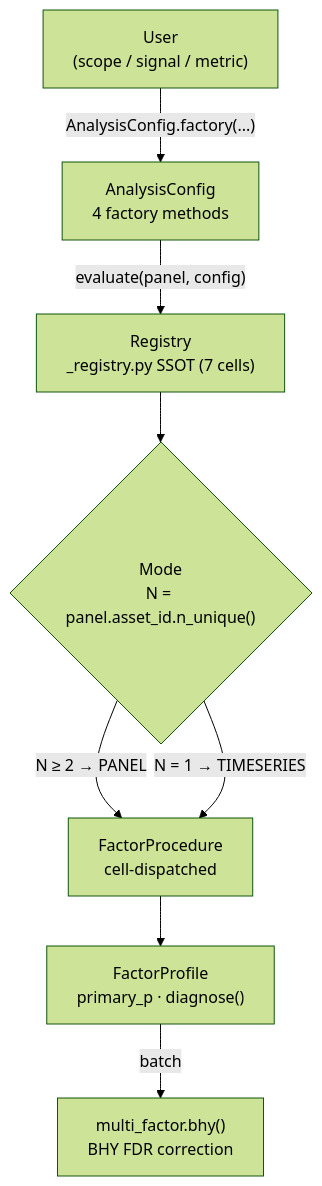
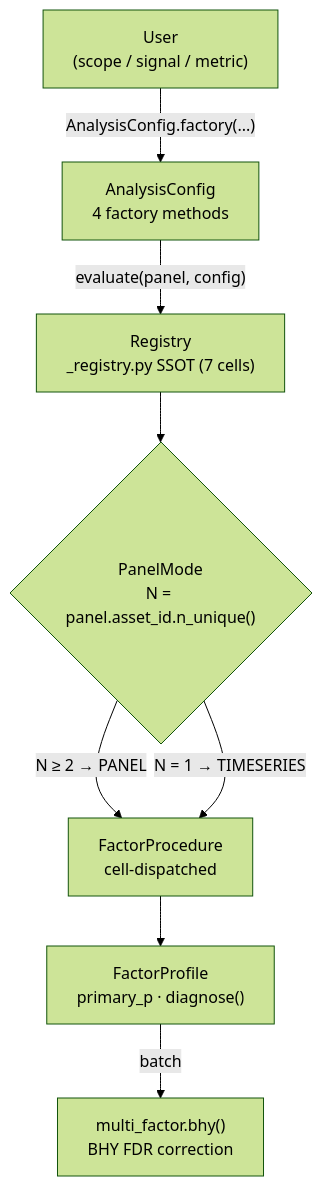
The diagram in docs/development/architecture.md (awwesomeman/factrix), drawn with Mermaid (forest theme) before and after one commit. The commit also changed other lines of this file and 74 other files, not shown here.

````diff
--- a/docs/development/architecture.md
+++ b/docs/development/architecture.md
@@ -22,18 +22,18 @@
 ```mermaid
 flowchart TD
     User["User<br/>(scope / signal / metric)"]
     AC["AnalysisConfig<br/>4 factory methods"]
     REG["Registry<br/>_registry.py SSOT (7 cells)"]
-    MODE{"Mode<br/>N = panel.asset_id.n_unique()"}
+    MODE{"PanelMode<br/>N = panel.asset_id.n_unique()"}
     PROC["FactorProcedure<br/>cell-dispatched"]
     FP["FactorProfile<br/>primary_p · diagnose()"]
     BHY["multi_factor.bhy()<br/>BHY FDR correction"]
 
     User -->|"AnalysisConfig.factory(...)"| AC
     AC -->|"evaluate(panel, config)"| REG
     REG --> MODE
     MODE -->|"N ≥ 2 → PANEL"| PROC
     MODE -->|"N = 1 → TIMESERIES"| PROC
     PROC --> FP
     FP -->|"batch"| BHY
 ```
````
